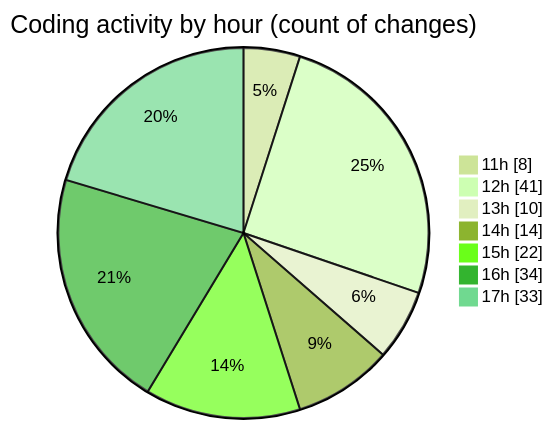
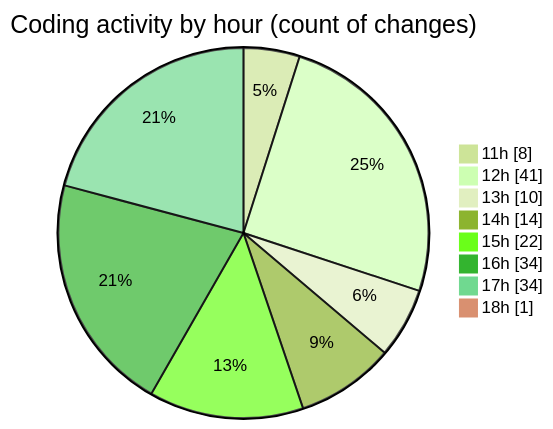
Before and after one commit to BS-eng2023/code-tracking: the second of 2 diagrams in 2025-05-04/project/README.md, drawn with Mermaid (forest theme). The commit also changed other lines of this file and 1 other file, not shown here.

````diff
--- a/2025-05-04/project/README.md
+++ b/2025-05-04/project/README.md
@@ -54,11 +54,12 @@
 ```mermaid
 pie showData
 title Coding activity by hour (count of changes)
 "11h" : 8
 "12h" : 41
 "13h" : 10
 "14h" : 14
 "15h" : 22
 "16h" : 34
-"17h" : 33
+"17h" : 34
+"18h" : 1
 ```
````
